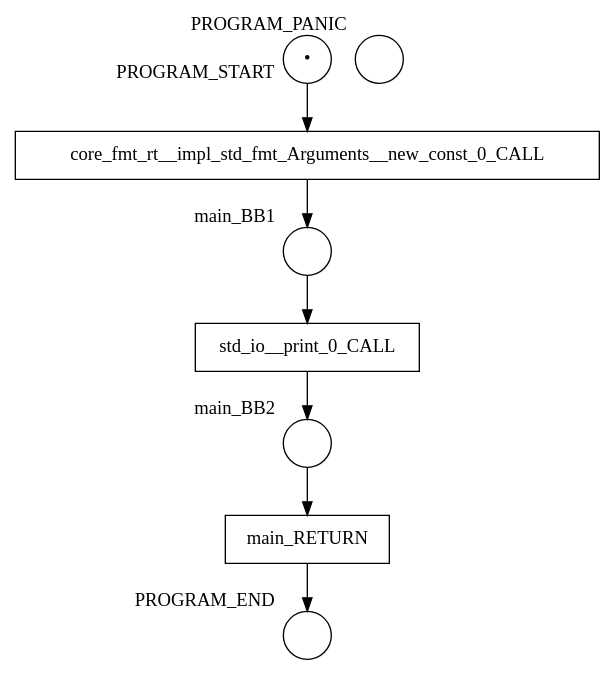
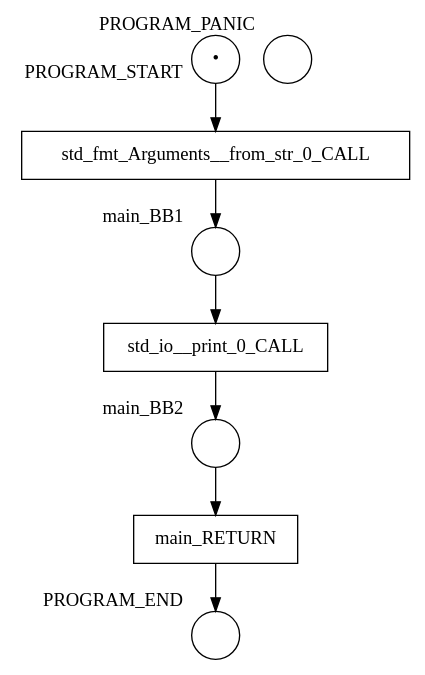
The diagram in examples/results/basic/hello_world/net.dot (hlisdero/cargo-check-deadlock), drawn with Graphviz before and after one commit. The commit also changed 29 other files, not shown here.

```diff
--- a/examples/results/basic/hello_world/net.dot
+++ b/examples/results/basic/hello_world/net.dot
@@ -1,16 +1,16 @@
 digraph petrinet {
     PROGRAM_END [shape="circle" xlabel="PROGRAM_END" label=""];
     PROGRAM_PANIC [shape="circle" xlabel="PROGRAM_PANIC" label=""];
     PROGRAM_START [shape="circle" xlabel="PROGRAM_START" label="•"];
     main_BB1 [shape="circle" xlabel="main_BB1" label=""];
     main_BB2 [shape="circle" xlabel="main_BB2" label=""];
-    core_fmt_rt__impl_std_fmt_Arguments__new_const_0_CALL [shape="box" xlabel="" label="core_fmt_rt__impl_std_fmt_Arguments__new_const_0_CALL"];
     main_RETURN [shape="box" xlabel="" label="main_RETURN"];
+    std_fmt_Arguments__from_str_0_CALL [shape="box" xlabel="" label="std_fmt_Arguments__from_str_0_CALL"];
     std_io__print_0_CALL [shape="box" xlabel="" label="std_io__print_0_CALL"];
-    PROGRAM_START -> core_fmt_rt__impl_std_fmt_Arguments__new_const_0_CALL;
+    PROGRAM_START -> std_fmt_Arguments__from_str_0_CALL;
     main_BB1 -> std_io__print_0_CALL;
     main_BB2 -> main_RETURN;
-    core_fmt_rt__impl_std_fmt_Arguments__new_const_0_CALL -> main_BB1;
     main_RETURN -> PROGRAM_END;
+    std_fmt_Arguments__from_str_0_CALL -> main_BB1;
     std_io__print_0_CALL -> main_BB2;
 }
```
